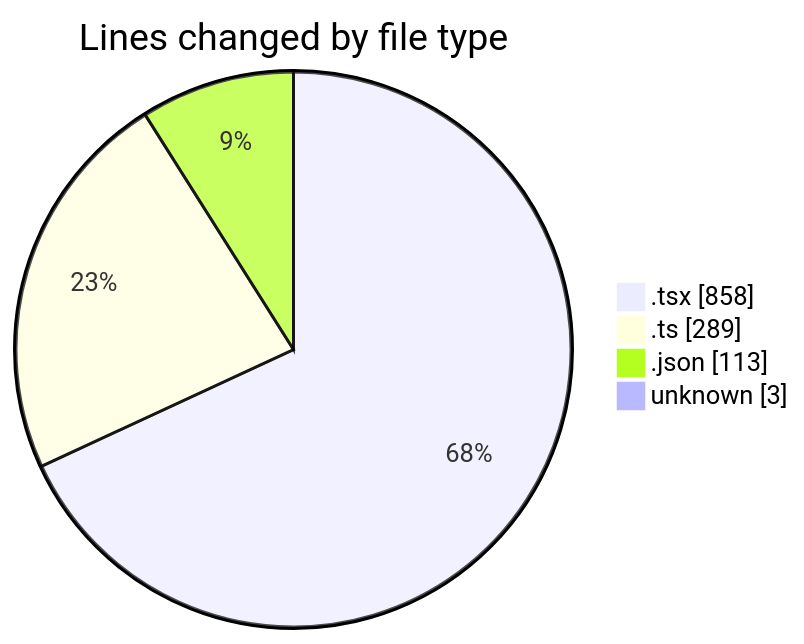
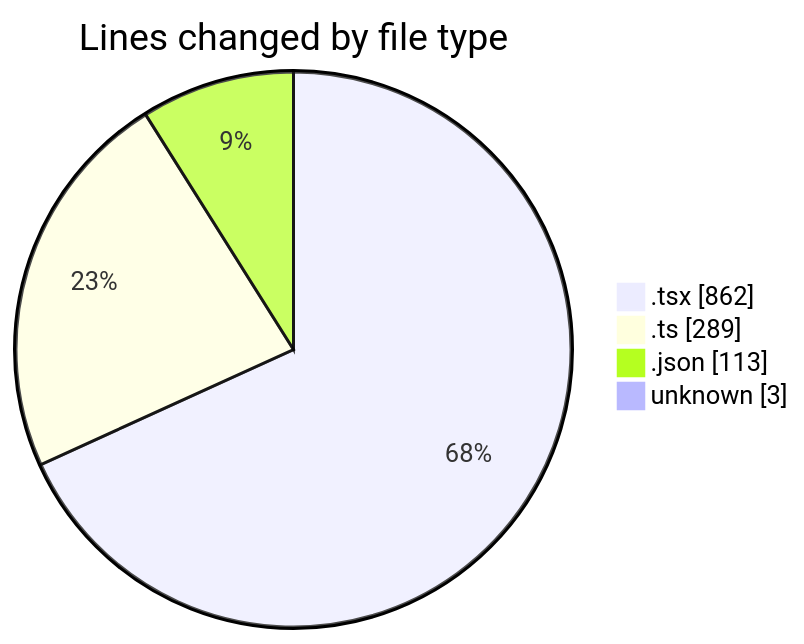
Before and after one commit to momahboobian/code-tracking: the first of 2 diagrams in 2025-02-23/pdf-analysis-app/README.md, drawn with Mermaid. The commit also changed other lines of this file and 1 other file, not shown here.

````diff
--- a/2025-02-23/pdf-analysis-app/README.md
+++ b/2025-02-23/pdf-analysis-app/README.md
@@ -33,8 +33,8 @@
 ```mermaid
 pie showData
 title Lines changed by file type
-".tsx" : 858
+".tsx" : 862
 ".ts" : 289
 ".json" : 113
 "unknown" : 3
 ```
````
